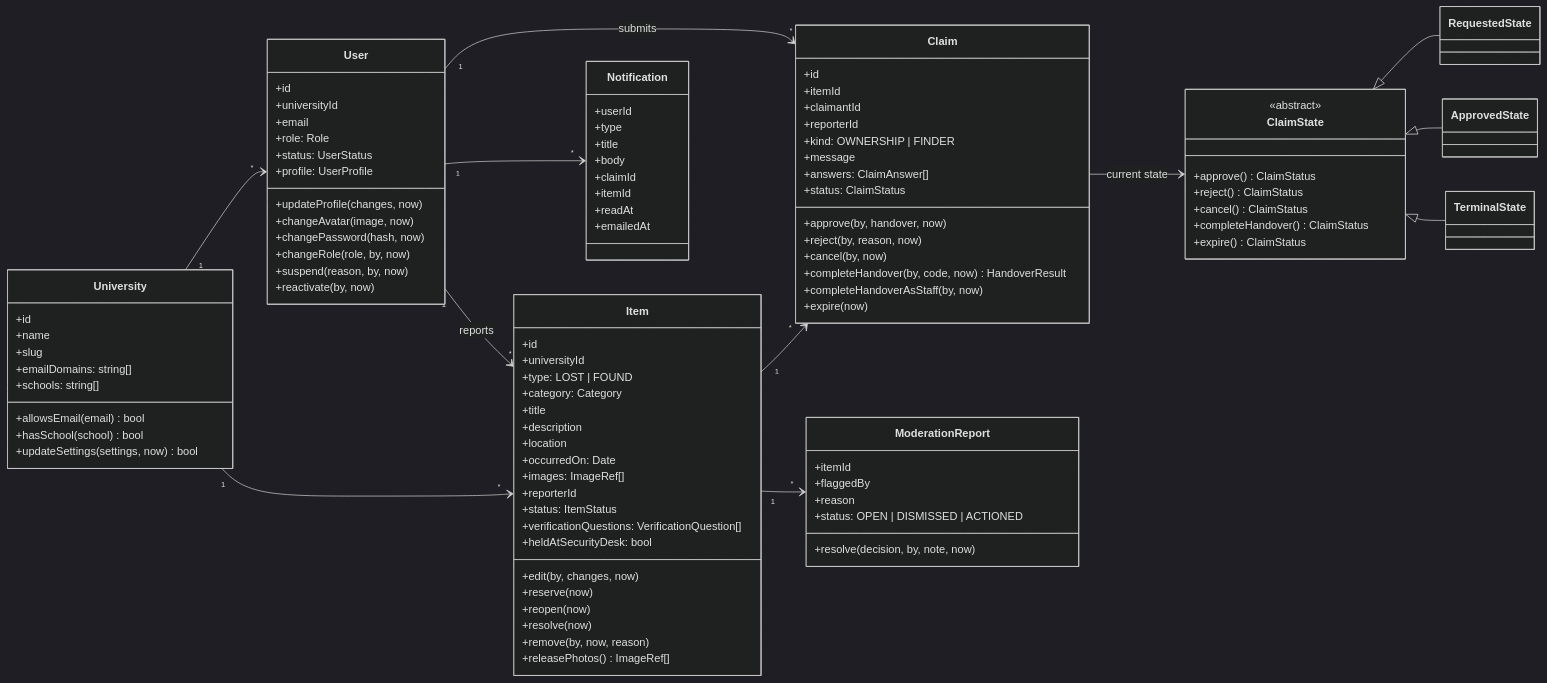
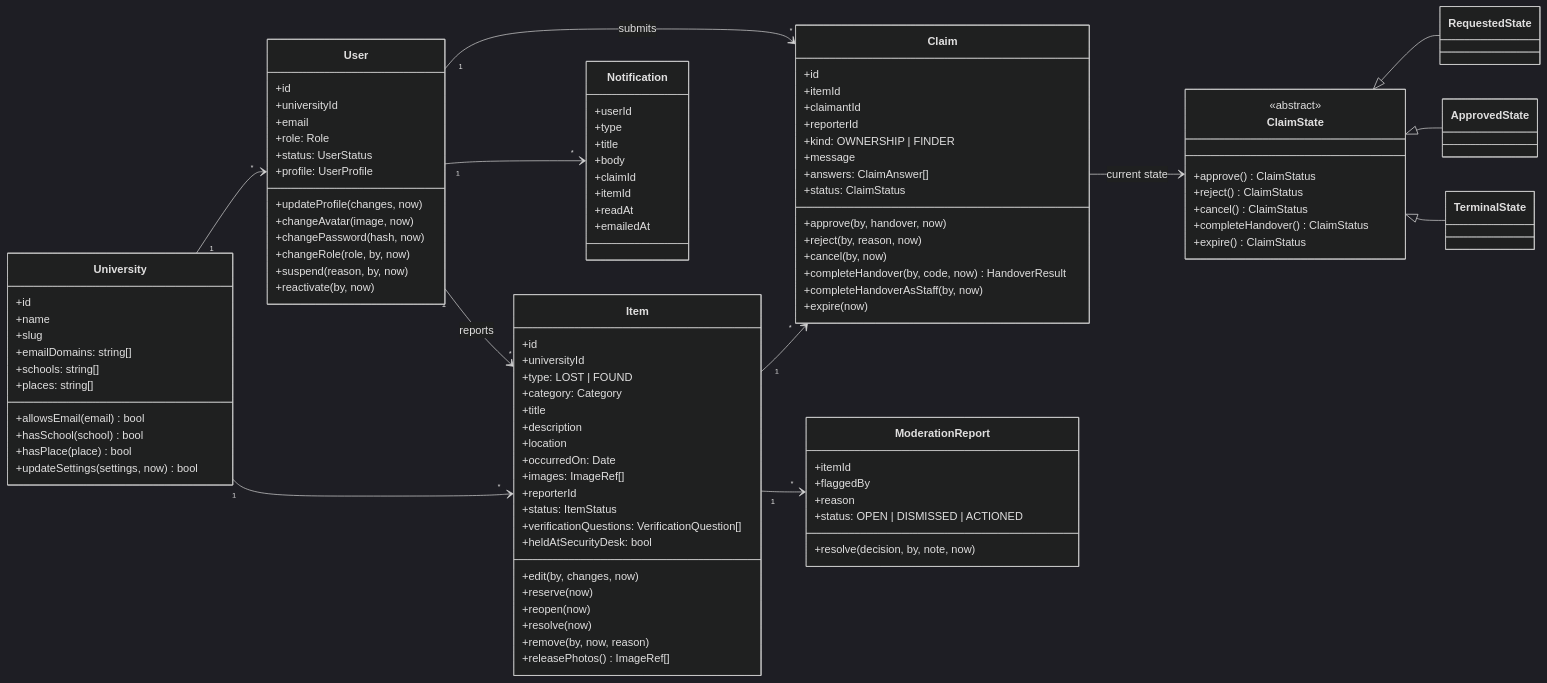
One commit to nox-pie/RU-Lost-Found changed the second of 4 diagrams in docs/architecture/backend.md. Above: the diagram before and after it, drawn with Mermaid (dark theme). The commit also changed other lines of this file and 3 other files, not shown here.

```diff
--- a/docs/architecture/backend.md
+++ b/docs/architecture/backend.md
@@ -198,8 +199,10 @@
         +slug
         +emailDomains: string[]
         +schools: string[]
+        +places: string[]
         +allowsEmail(email) bool
         +hasSchool(school) bool
+        +hasPlace(place) bool
         +updateSettings(settings, now) bool
     }
     class User {
```
